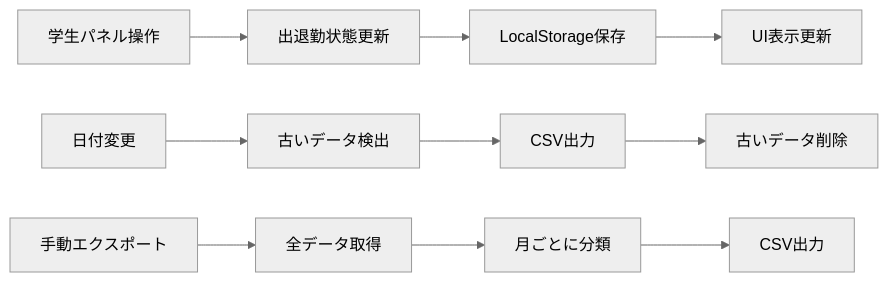
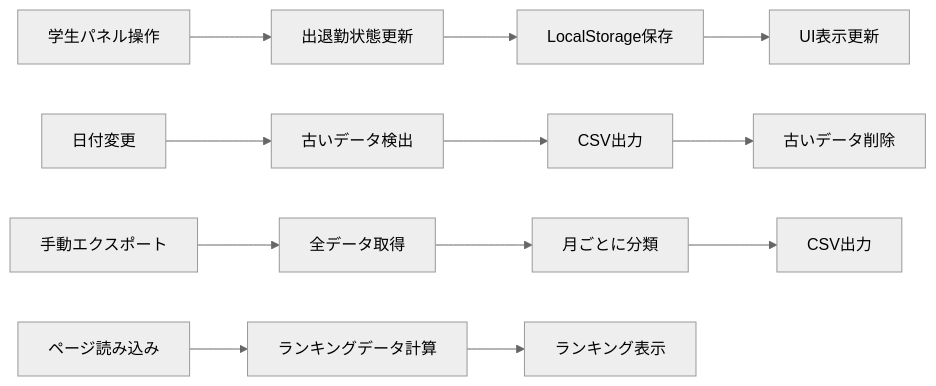
One commit to YakiFrog/LAMS_TEST changed the fifth of 8 diagrams in README.md. Above: the diagram before and after it, drawn with Mermaid (neutral theme). The commit also changed other lines of this file and 2 other files, not shown here.

````diff
--- a/README.md
+++ b/README.md
@@ -128,14 +128,17 @@
 ```mermaid
 flowchart LR
     A[学生パネル操作] --> B[出退勤状態更新]
     B --> C[LocalStorage保存]
     C --> D[UI表示更新]
     
     E[日付変更] --> F[古いデータ検出]
     F --> G[CSV出力]
     G --> H[古いデータ削除]
     
     I[手動エクスポート] --> J[全データ取得]
     J --> K[月ごとに分類]
     K --> L[CSV出力]
+    
+    M[ページ読み込み] --> N[ランキングデータ計算]
+    N --> O[ランキング表示]
 ```
````
